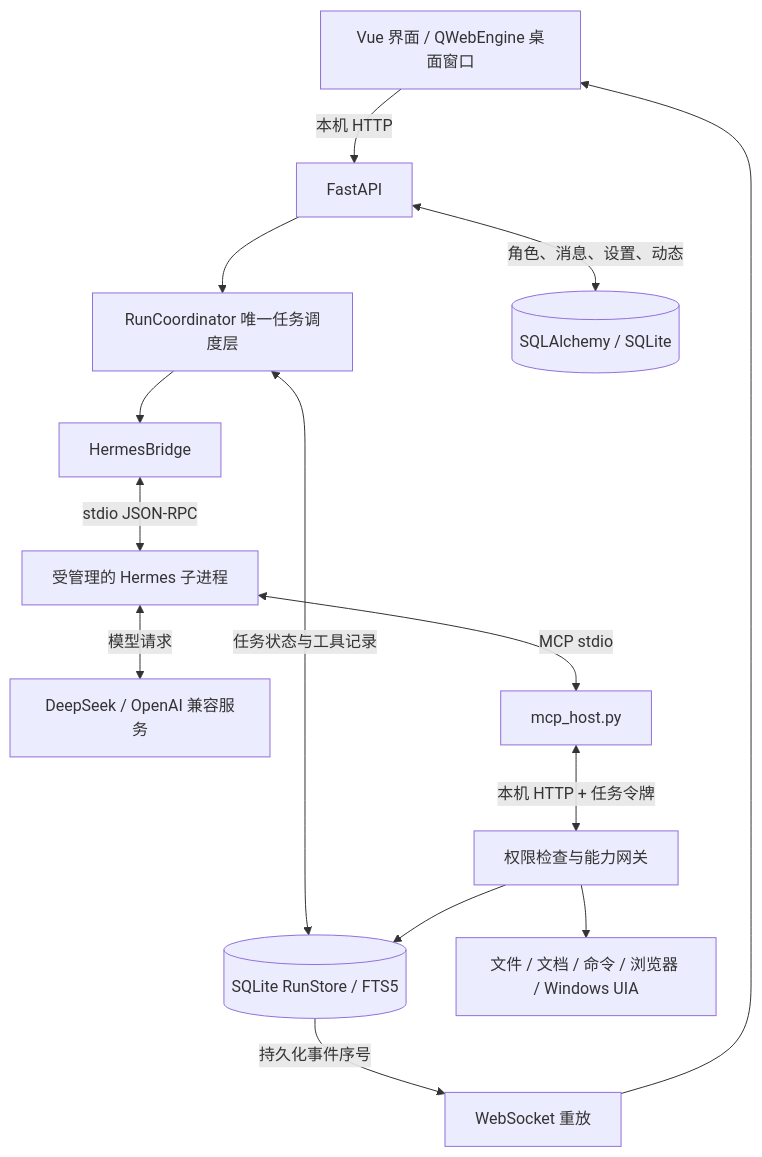
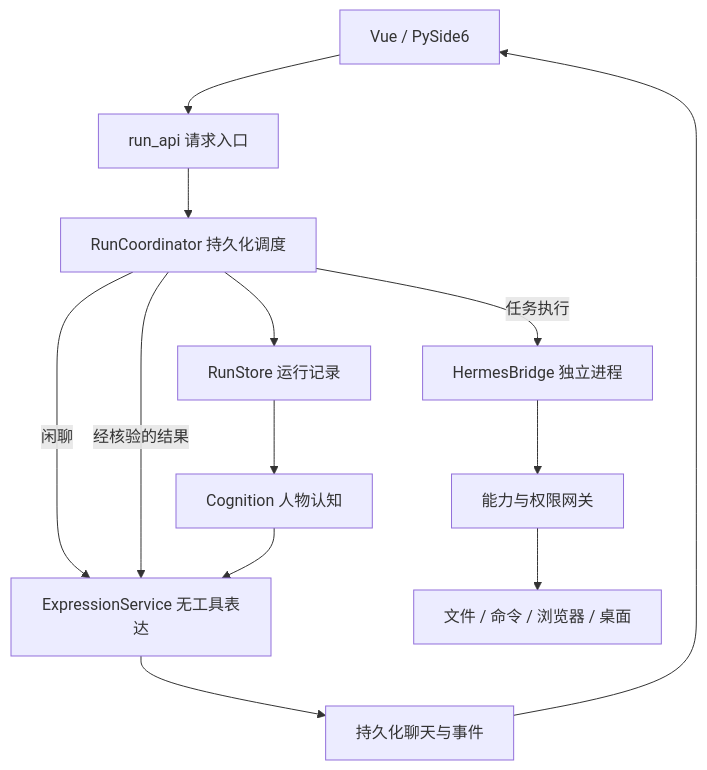
Before and after one commit to DustStarT/AzurJuus: the diagram in README.md, drawn with Mermaid. The commit also changed other lines of this file and 76 other files, not shown here.

````diff
--- a/README.md
+++ b/README.md
@@ -181,16 +121,15 @@
 ```mermaid
 flowchart TD
-    UI[Vue 界面 / QWebEngine 桌面窗口] -->|本机 HTTP| API[FastAPI]
-    API --> Scheduler[RunCoordinator 唯一任务调度层]
-    Scheduler <-->|任务状态与工具记录| Store[(SQLite RunStore / FTS5)]
-    API <-->|角色、消息、设置、动态| Business[(SQLAlchemy / SQLite)]
-    Scheduler --> Bridge[HermesBridge]
-    Bridge <-->|stdio JSON-RPC| Hermes[受管理的 Hermes 子进程]
-    Hermes <-->|模型请求| Model[DeepSeek / OpenAI 兼容服务]
-    Hermes <-->|MCP stdio| MCP[mcp_host.py]
-    MCP <-->|本机 HTTP + 任务令牌| Gateway[权限检查与能力网关]
-    Gateway --> Tools[文件 / 文档 / 命令 / 浏览器 / Windows UIA]
-    Gateway --> Store
-    Store -->|持久化事件序号| WS[WebSocket 重放]
-    WS --> UI
+  UI[Vue / PySide6] --> API[run_api 请求入口]
+  API --> C[RunCoordinator 持久化调度]
+  C -->|闲聊| E[ExpressionService 无工具表达]
+  C -->|任务执行| H[HermesBridge 独立进程]
+  H --> G[能力与权限网关]
+  G --> F[文件 / 命令 / 浏览器 / 桌面]
+  C -->|经核验的结果| E
+  E --> M[持久化聊天与事件]
+  M --> UI
+  C --> R[RunStore 运行记录]
+  R --> N[Cognition 人物认知]
+  N --> E
 ```
````
